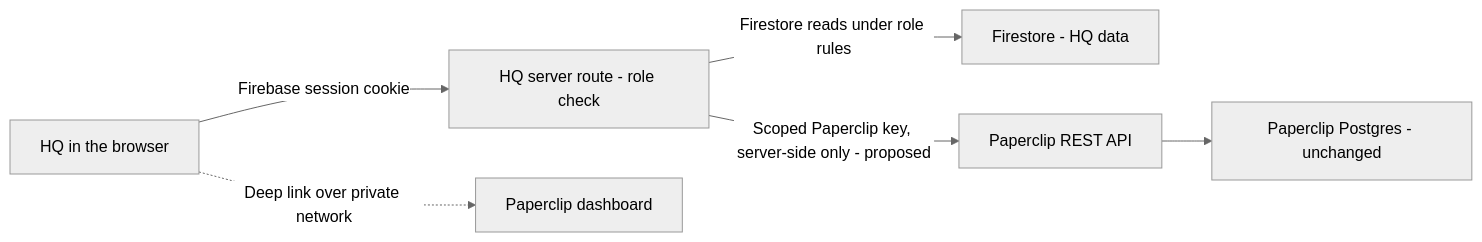
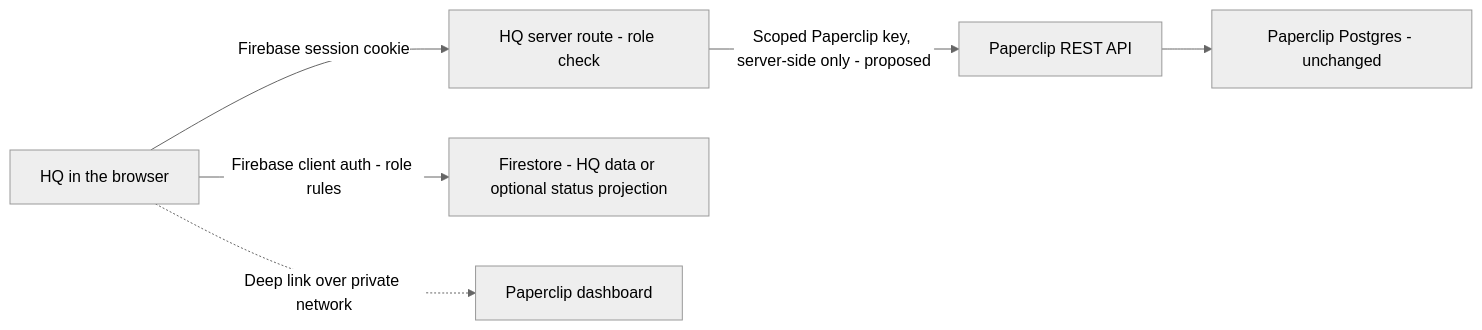
Before and after one commit to cpheinrich/morpheus: the fifth of 5 diagrams in docs/paperclip-overview.md, drawn with Mermaid (neutral theme). The commit also changed other lines of this file and 1 other file, not shown here.

````diff
--- a/docs/paperclip-overview.md
+++ b/docs/paperclip-overview.md
@@ -218,8 +219,8 @@
 ```mermaid
 flowchart LR
   Browser[HQ in the browser] -->|Firebase session cookie| Route[HQ server route - role check]
-  Route -->|Firestore reads under role rules| Firestore[Firestore - HQ data]
+  Browser -->|Firebase client auth - role rules| Firestore[Firestore - HQ data or optional status projection]
   Route -->|Scoped Paperclip key, server-side only - proposed| API[Paperclip REST API]
   API --> Postgres[Paperclip Postgres - unchanged]
   Browser -.->|Deep link over private network| Board[Paperclip dashboard]
 ```
````
